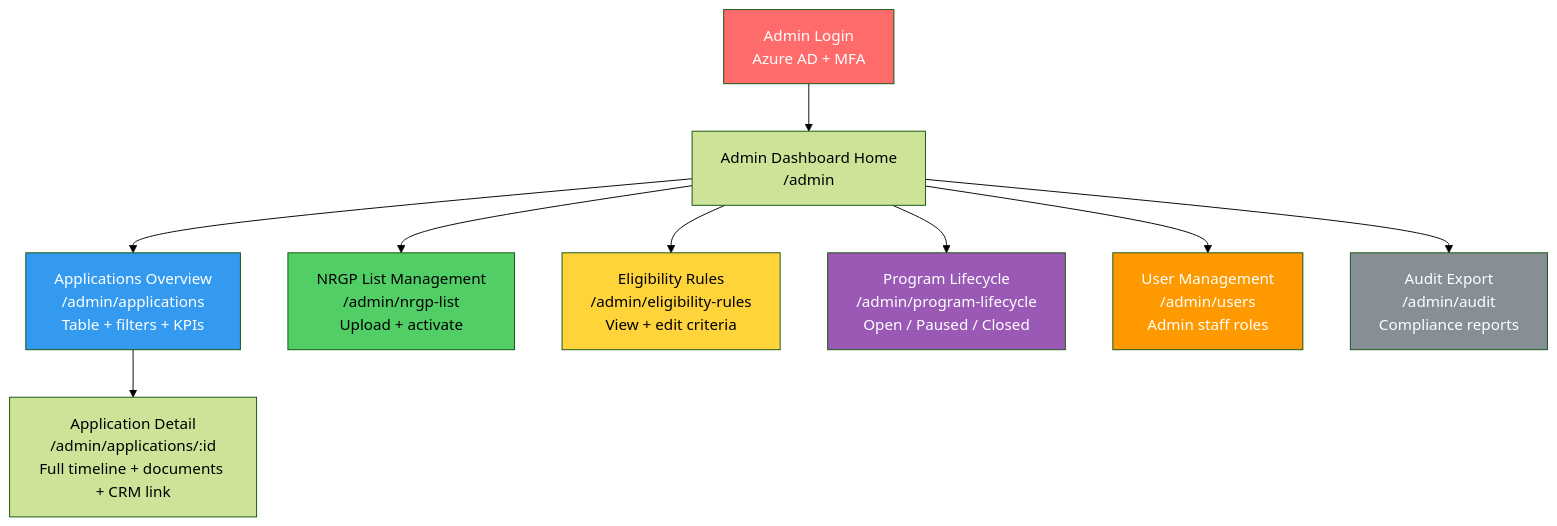
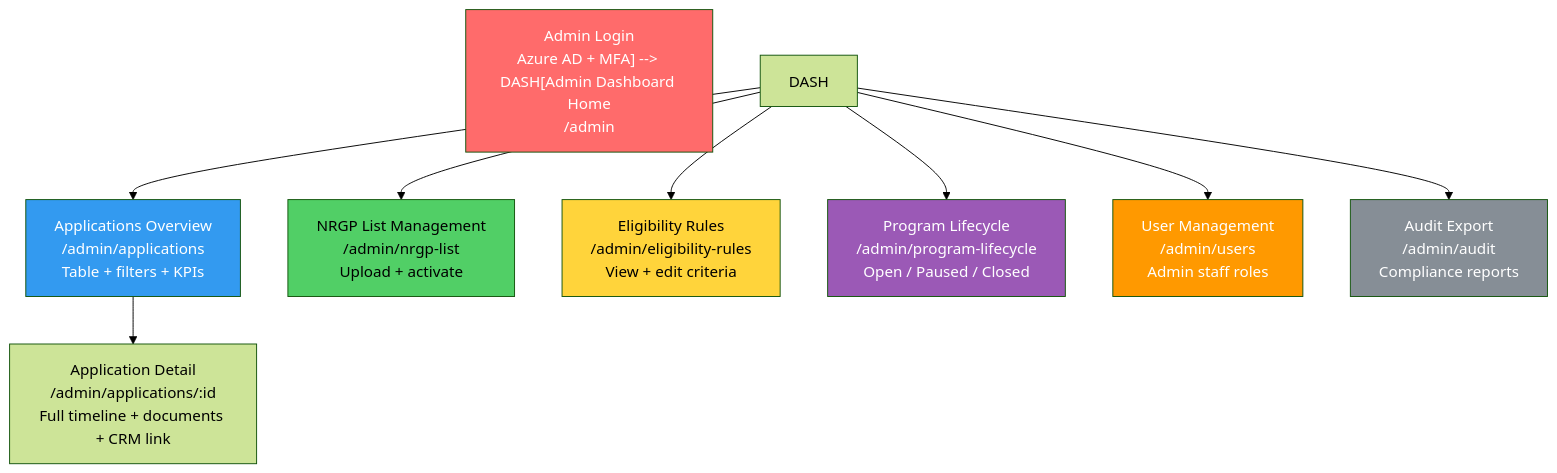
One commit to Tamoura/Claude-Code-creates-the-SW-company changed the second of 10 diagrams in products/qdb-sme-relief/docs/ADMIN-GUIDE.md. Above: the diagram before and after it, drawn with Mermaid (forest theme). The commit also changed other lines of this file and 4 other files, not shown here.

First line of the commit message:
fix(qdb-sme-relief): remove nested quotes from Mermaid diagram node/edge labels

````diff
--- a/products/qdb-sme-relief/docs/ADMIN-GUIDE.md
+++ b/products/qdb-sme-relief/docs/ADMIN-GUIDE.md
@@ -111,21 +111,21 @@
 ```mermaid
 graph TD
-    LOGIN["Admin Login<br/>Azure AD + MFA"] --> DASH["Admin Dashboard Home<br/>/admin"]
+    LOGIN["Admin Login<br/>Azure AD + MFA] --> DASH[Admin Dashboard Home<br/>/admin"]
 
     DASH --> APPS["Applications Overview<br/>/admin/applications<br/>Table + filters + KPIs"]
     DASH --> NRGP_MGT["NRGP List Management<br/>/admin/nrgp-list<br/>Upload + activate"]
     DASH --> ELIG_RULES["Eligibility Rules<br/>/admin/eligibility-rules<br/>View + edit criteria"]
     DASH --> LIFECYCLE["Program Lifecycle<br/>/admin/program-lifecycle<br/>Open / Paused / Closed"]
     DASH --> USER_MGT["User Management<br/>/admin/users<br/>Admin staff roles"]
     DASH --> AUDIT_EXP["Audit Export<br/>/admin/audit<br/>Compliance reports"]
 
     APPS --> APP_DETAIL["Application Detail<br/>/admin/applications/:id<br/>Full timeline + documents + CRM link"]
 
     style LOGIN fill:#ff6b6b,color:#fff
     style APPS fill:#339af0,color:#fff
     style NRGP_MGT fill:#51cf66,color:#000
     style ELIG_RULES fill:#ffd43b,color:#000
     style LIFECYCLE fill:#9b59b6,color:#fff
     style USER_MGT fill:#ff9900,color:#fff
     style AUDIT_EXP fill:#868e96,color:#fff
 ```
````
